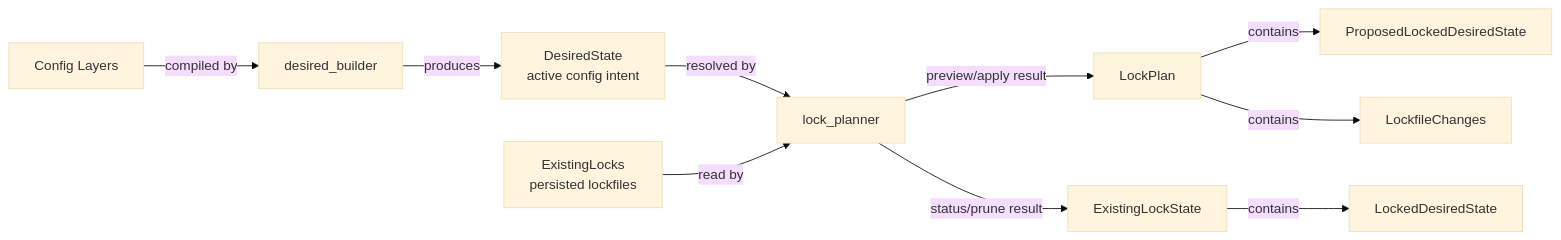
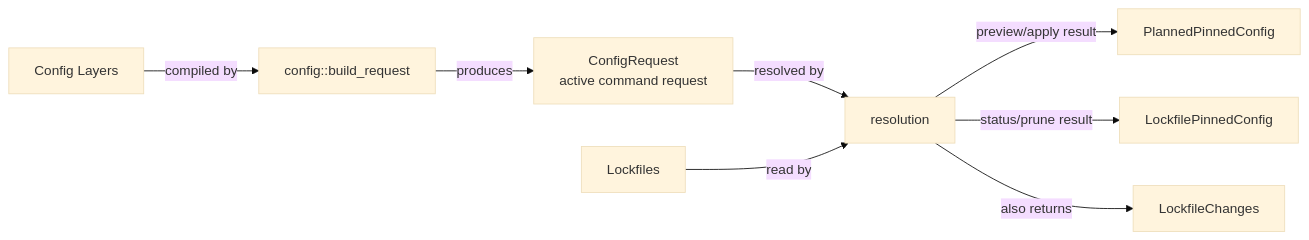
The second of 6 diagrams in docs/design-v1.md (big-sw-little-sw/agentcfg), drawn with Mermaid (base theme) before and after one commit. The commit also changed other lines of this file and 53 other files, not shown here.

Commit message:
Refine pinned config module boundaries (#27)

````diff
--- a/docs/design-v1.md
+++ b/docs/design-v1.md
@@ -207,12 +328,10 @@
 ```mermaid
 flowchart LR
-    Config["Config Layers"] -- "compiled by" --> DesiredBuilder["desired_builder"]
-    DesiredBuilder -- "produces" --> Desired["DesiredState\nactive config intent"]
-    Desired -- "resolved by" --> LockPlanner["lock_planner"]
-    ExistingLocks["ExistingLocks\npersisted lockfiles"] -- "read by" --> LockPlanner
-    LockPlanner -- "preview/apply result" --> LockPlan["LockPlan"]
-    LockPlanner -- "status/prune result" --> ExistingLockState["ExistingLockState"]
-    LockPlan -- "contains" --> Proposed["ProposedLockedDesiredState"]
-    LockPlan -- "contains" --> LockChanges["LockfileChanges"]
-    ExistingLockState -- "contains" --> Locked["LockedDesiredState"]
+    ConfigLayers["Config Layers"] -- "compiled by" --> ConfigBuild["config::build_request"]
+    ConfigBuild -- "produces" --> Request["ConfigRequest\nactive command request"]
+    Request -- "resolved by" --> Resolution["resolution"]
+    Lockfiles["Lockfiles"] -- "read by" --> Resolution
+    Resolution -- "preview/apply result" --> Planned["PlannedPinnedConfig"]
+    Resolution -- "status/prune result" --> LockfilePinned["LockfilePinnedConfig"]
+    Resolution -- "also returns" --> LockChanges["LockfileChanges"]
 ```
````
